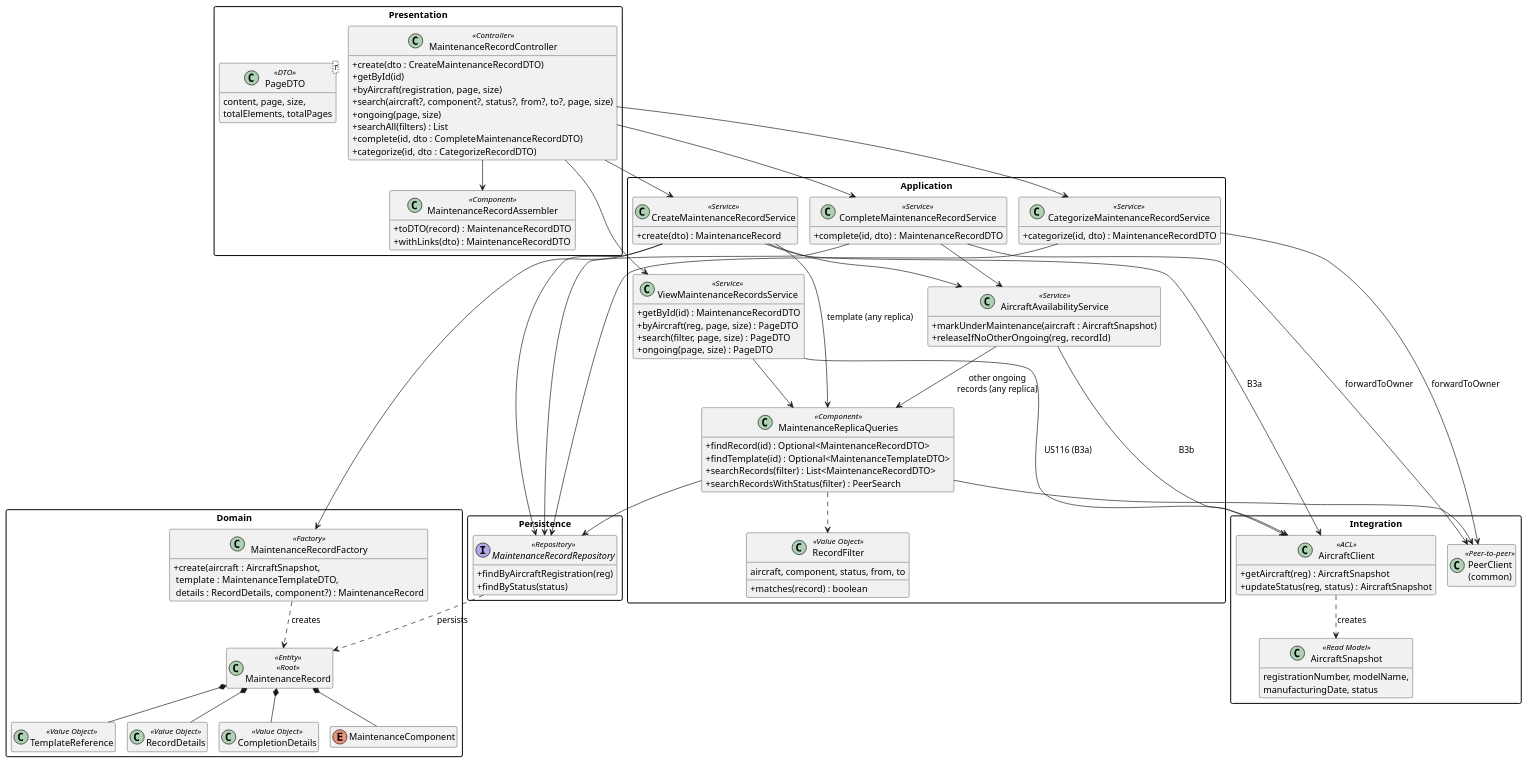
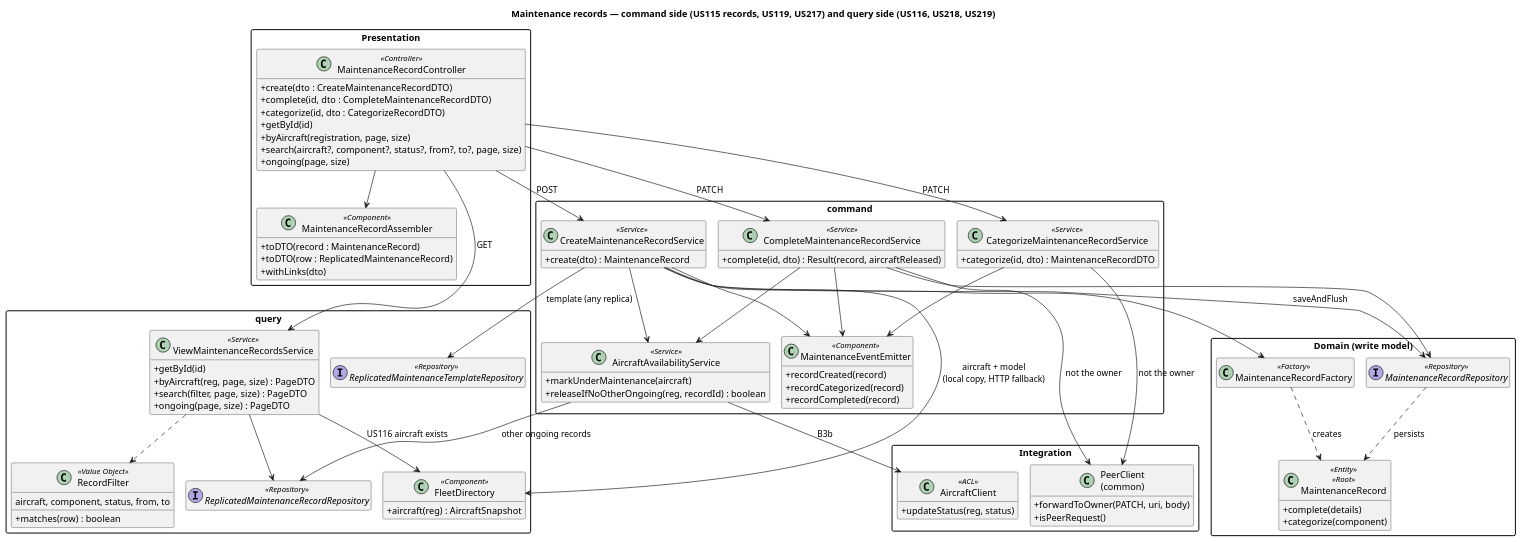
Before and after one commit to caetanotiago/Project_SIDIS: the diagram in docs/4-code/maintenance/puml/Maintenance-CD-Records.puml, drawn with PlantUML. The commit also changed 43 other files, not shown here.

```diff
--- a/docs/4-code/maintenance/puml/Maintenance-CD-Records.puml
+++ b/docs/4-code/maintenance/puml/Maintenance-CD-Records.puml
@@ -1,121 +1,108 @@
 @startuml Maintenance-CD-Records
 !pragma layout smetana
 skinparam classAttributeIconSize 0
 skinparam packageStyle rectangle
 hide empty members
+title Maintenance records — command side (US115 records, US119, US217) and query side (US116, US218, US219)
 
 package "Presentation" {
     class MaintenanceRecordController <<Controller>> {
         + create(dto : CreateMaintenanceRecordDTO)
+        + complete(id, dto : CompleteMaintenanceRecordDTO)
+        + categorize(id, dto : CategorizeRecordDTO)
         + getById(id)
         + byAircraft(registration, page, size)
         + search(aircraft?, component?, status?, from?, to?, page, size)
         + ongoing(page, size)
-        + searchAll(filters) : List
-        + complete(id, dto : CompleteMaintenanceRecordDTO)
-        + categorize(id, dto : CategorizeRecordDTO)
     }
     class MaintenanceRecordAssembler <<Component>> {
-        + toDTO(record) : MaintenanceRecordDTO
-        + withLinks(dto) : MaintenanceRecordDTO
-    }
-    class PageDTO<T> <<DTO>> {
-        content, page, size,
-        totalElements, totalPages
+        + toDTO(record : MaintenanceRecord)
+        + toDTO(row : ReplicatedMaintenanceRecord)
+        + withLinks(dto)
     }
 }
 
-package "Application" {
+package "command" {
     class CreateMaintenanceRecordService <<Service>> {
         + create(dto) : MaintenanceRecord
     }
     class CompleteMaintenanceRecordService <<Service>> {
-        + complete(id, dto) : MaintenanceRecordDTO
+        + complete(id, dto) : Result(record, aircraftReleased)
     }
     class CategorizeMaintenanceRecordService <<Service>> {
         + categorize(id, dto) : MaintenanceRecordDTO
     }
+    class AircraftAvailabilityService <<Service>> {
+        + markUnderMaintenance(aircraft)
+        + releaseIfNoOtherOngoing(reg, recordId) : boolean
+    }
+    class MaintenanceEventEmitter <<Component>> {
+        + recordCreated(record)
+        + recordCategorized(record)
+        + recordCompleted(record)
+    }
+}
+
+package "query" {
     class ViewMaintenanceRecordsService <<Service>> {
-        + getById(id) : MaintenanceRecordDTO
+        + getById(id)
         + byAircraft(reg, page, size) : PageDTO
         + search(filter, page, size) : PageDTO
         + ongoing(page, size) : PageDTO
     }
-    class AircraftAvailabilityService <<Service>> {
-        + markUnderMaintenance(aircraft : AircraftSnapshot)
-        + releaseIfNoOtherOngoing(reg, recordId)
-    }
-    class MaintenanceReplicaQueries <<Component>> {
-        + findRecord(id) : Optional<MaintenanceRecordDTO>
-        + findTemplate(id) : Optional<MaintenanceTemplateDTO>
-        + searchRecords(filter) : List<MaintenanceRecordDTO>
-        + searchRecordsWithStatus(filter) : PeerSearch
-    }
     class RecordFilter <<Value Object>> {
         aircraft, component, status, from, to
-        + matches(record) : boolean
+        + matches(row) : boolean
+    }
+    interface ReplicatedMaintenanceRecordRepository <<Repository>>
+    interface ReplicatedMaintenanceTemplateRepository <<Repository>>
+    class FleetDirectory <<Component>> {
+        + aircraft(reg) : AircraftSnapshot
     }
 }
 
-package "Domain" {
-    class MaintenanceRecordFactory <<Factory>> {
-        + create(aircraft : AircraftSnapshot,\n template : MaintenanceTemplateDTO,\n details : RecordDetails, component?) : MaintenanceRecord
+package "Domain (write model)" {
+    class MaintenanceRecordFactory <<Factory>>
+    class MaintenanceRecord <<Entity>> <<Root>> {
+        + complete(details)
+        + categorize(component)
     }
-    class MaintenanceRecord <<Entity>> <<Root>>
-    class TemplateReference <<Value Object>>
-    class RecordDetails <<Value Object>>
-    class CompletionDetails <<Value Object>>
-    enum MaintenanceComponent
-    MaintenanceRecord *-- TemplateReference
-    MaintenanceRecord *-- RecordDetails
-    MaintenanceRecord *-- CompletionDetails
-    MaintenanceRecord *-- MaintenanceComponent
-}
-
-package "Persistence" {
-    interface MaintenanceRecordRepository <<Repository>> {
-        + findByAircraftRegistration(reg)
-        + findByStatus(status)
-    }
+    interface MaintenanceRecordRepository <<Repository>>
 }
 
 package "Integration" {
     class AircraftClient <<ACL>> {
-        + getAircraft(reg) : AircraftSnapshot
-        + updateStatus(reg, status) : AircraftSnapshot
+        + updateStatus(reg, status)
     }
-    class AircraftSnapshot <<Read Model>> {
-        registrationNumber, modelName,
-        manufacturingDate, status
+    class "PeerClient\n(common)" as PeerClient {
+        + forwardToOwner(PATCH, uri, body)
+        + isPeerRequest()
     }
-    class "PeerClient\n(common)" as PeerClient <<Peer-to-peer>>
 }
 
-MaintenanceRecordController --> CreateMaintenanceRecordService
-MaintenanceRecordController --> CompleteMaintenanceRecordService
-MaintenanceRecordController --> CategorizeMaintenanceRecordService
-MaintenanceRecordController --> ViewMaintenanceRecordsService
+MaintenanceRecordController --> CreateMaintenanceRecordService : POST
+MaintenanceRecordController --> CompleteMaintenanceRecordService : PATCH
+MaintenanceRecordController --> CategorizeMaintenanceRecordService : PATCH
+MaintenanceRecordController --> ViewMaintenanceRecordsService : GET
 MaintenanceRecordController --> MaintenanceRecordAssembler
 
-CreateMaintenanceRecordService --> AircraftClient : B3a
-CreateMaintenanceRecordService --> MaintenanceReplicaQueries : template (any replica)
+CreateMaintenanceRecordService --> FleetDirectory : aircraft + model\n(local copy, HTTP fallback)
+CreateMaintenanceRecordService --> ReplicatedMaintenanceTemplateRepository : template (any replica)
 CreateMaintenanceRecordService --> MaintenanceRecordFactory
-CreateMaintenanceRecordService --> MaintenanceRecordRepository
+CreateMaintenanceRecordService --> MaintenanceRecordRepository : saveAndFlush
 CreateMaintenanceRecordService --> AircraftAvailabilityService
+CreateMaintenanceRecordService --> MaintenanceEventEmitter
 CompleteMaintenanceRecordService --> MaintenanceRecordRepository
-CompleteMaintenanceRecordService --> PeerClient : forwardToOwner
+CompleteMaintenanceRecordService --> PeerClient : not the owner
 CompleteMaintenanceRecordService --> AircraftAvailabilityService
-CategorizeMaintenanceRecordService --> MaintenanceRecordRepository
-CategorizeMaintenanceRecordService --> PeerClient : forwardToOwner
-ViewMaintenanceRecordsService --> MaintenanceReplicaQueries
-ViewMaintenanceRecordsService --> AircraftClient : US116 (B3a)
+CompleteMaintenanceRecordService --> MaintenanceEventEmitter
+CategorizeMaintenanceRecordService --> PeerClient : not the owner
+CategorizeMaintenanceRecordService --> MaintenanceEventEmitter
 AircraftAvailabilityService --> AircraftClient : B3b
-AircraftAvailabilityService --> MaintenanceReplicaQueries : other ongoing\nrecords (any replica)
-MaintenanceReplicaQueries --> MaintenanceRecordRepository
-MaintenanceReplicaQueries --> PeerClient
-MaintenanceReplicaQueries ..> RecordFilter
-AircraftClient ..> AircraftSnapshot : creates
-
+AircraftAvailabilityService --> ReplicatedMaintenanceRecordRepository : other ongoing records
+ViewMaintenanceRecordsService --> ReplicatedMaintenanceRecordRepository
+ViewMaintenanceRecordsService --> FleetDirectory : US116 aircraft exists
+ViewMaintenanceRecordsService ..> RecordFilter
 MaintenanceRecordFactory ..> MaintenanceRecord : creates
 MaintenanceRecordRepository ..> MaintenanceRecord : persists
 @enduml
```
